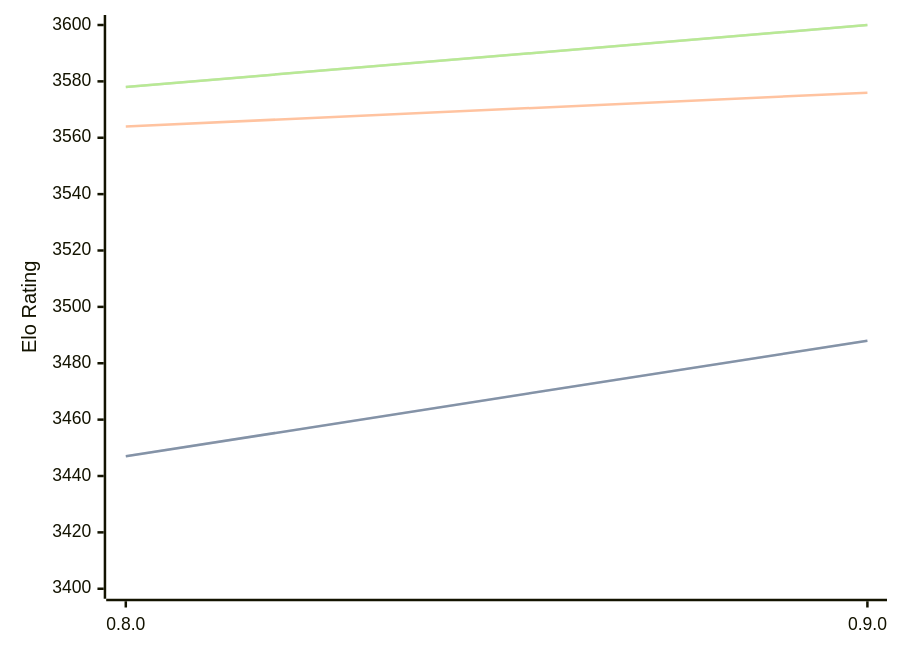
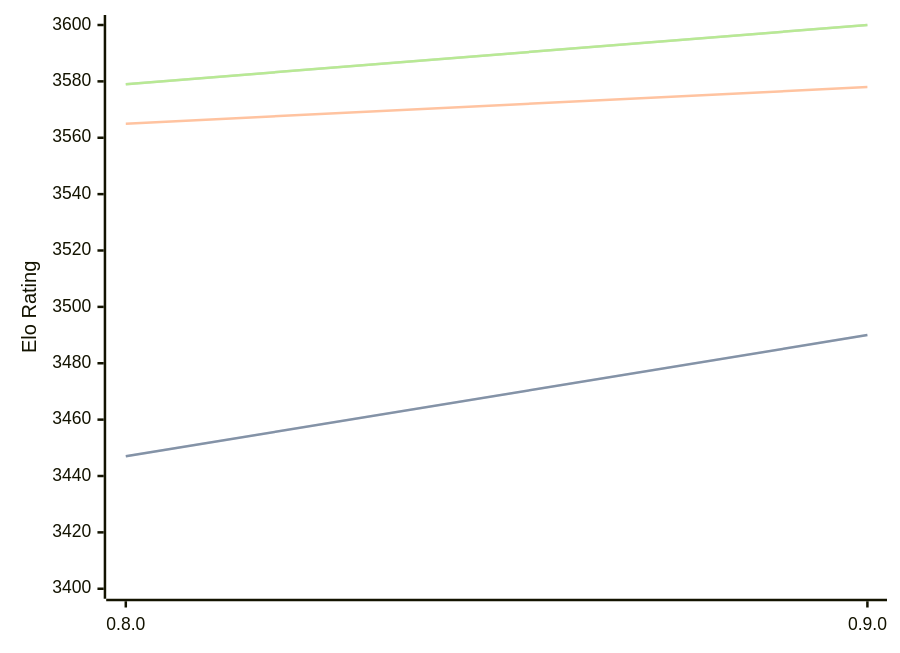
Before and after one commit to computer-chess-index/cci: the diagram in engines/Reckless.md, drawn with Mermaid. The commit also changed other lines of this file, not shown here.

Commit message:
Update CCI Ratings (ELO VLTC) - 2026-09-13

````diff
--- a/engines/Reckless.md
+++ b/engines/Reckless.md
@@ -32,11 +32,11 @@
 ```mermaid
 %%{init: {"theme":"base","themeVariables":{"seriesColors:['#a3a3a3','#222221','#faa371']}}}%%
 xychart-beta
   x-axis ["0.8.0", "0.9.0"]
   y-axis "Elo Rating" 3400 --> 3600
-  line "" [3447, 3488]
-  line "STC (8.0+0.08s)" [3447, 3488]
-  line "LTC (60.0+0.60s)" [3564, 3576]
-  line "" [3578, 3600]
-  line "VLTC (2m24s+1.12s)" [3578, 3600]
+  line "" [3447, 3490]
+  line "STC (8.0+0.08s)" [3447, 3490]
+  line "LTC (60.0+0.60s)" [3565, 3578]
+  line "" [3579, 3600]
+  line "VLTC (2m24s+1.12s)" [3579, 3600]
 ```
````
